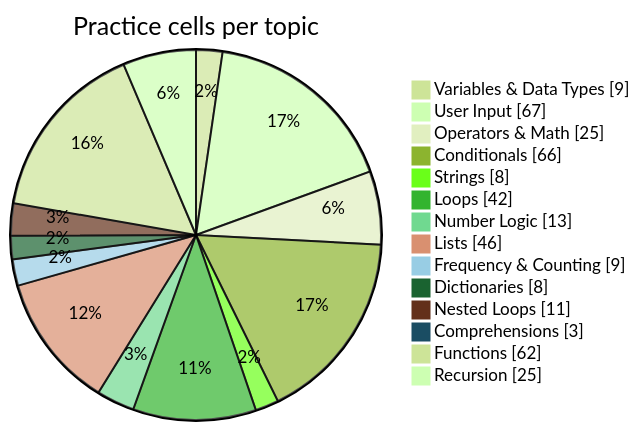
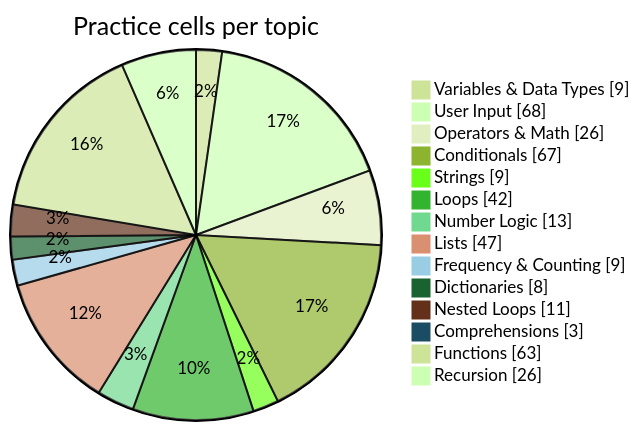
The diagram in README.md (Phantom2101/Python-Daily-Practice), drawn with Mermaid (forest theme) before and after one commit. The commit also changed other lines of this file and 1 other file, not shown here.

````diff
--- a/README.md
+++ b/README.md
@@ -126,17 +126,17 @@
 ```mermaid
 pie showData title Practice cells per topic
     "Variables & Data Types" : 9
-    "User Input" : 67
-    "Operators & Math" : 25
-    "Conditionals" : 66
-    "Strings" : 8
+    "User Input" : 68
+    "Operators & Math" : 26
+    "Conditionals" : 67
+    "Strings" : 9
     "Loops" : 42
     "Number Logic" : 13
-    "Lists" : 46
+    "Lists" : 47
     "Frequency & Counting" : 9
     "Dictionaries" : 8
     "Nested Loops" : 11
     "Comprehensions" : 3
-    "Functions" : 62
-    "Recursion" : 25
+    "Functions" : 63
+    "Recursion" : 26
 ```
````
